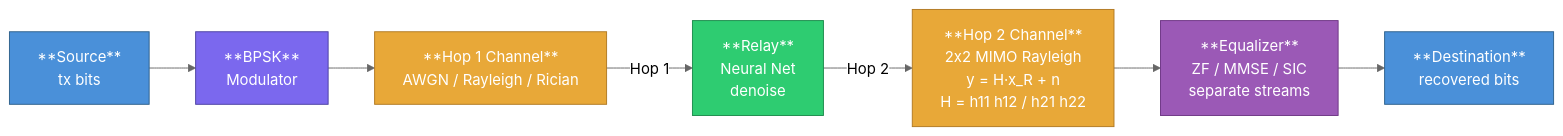
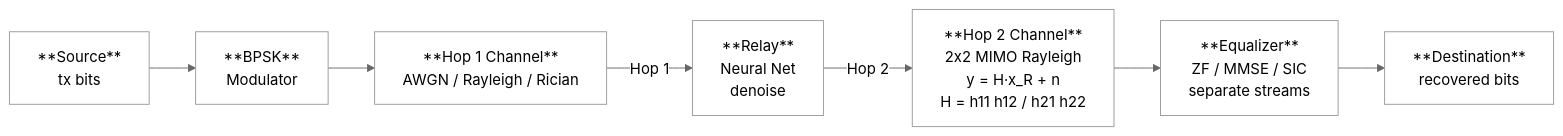
Before and after one commit to Gilzuk/relaynet2: the first of 2 diagrams in thesis.md, drawn with Mermaid (neutral theme). The commit also changed other lines of this file and 2 other files, not shown here.

First line of the commit message:
docs: replace ASCII art block diagram with Mermaid flowchart (MIMO topology section)

````diff
--- a/thesis.md
+++ b/thesis.md
@@ -658,25 +658,25 @@
 ```mermaid
 flowchart LR
     SRC["**Source**\ntx bits"]
     BPSK["**BPSK**\nModulator"]
     CH1["**Hop 1 Channel**\nAWGN / Rayleigh / Rician"]
     RELAY["**Relay**\nNeural Net\ndenoise"]
     CH2["**Hop 2 Channel**\n2x2 MIMO Rayleigh\ny = H·x_R + n\nH = h11 h12 / h21 h22"]
     EQ["**Equalizer**\nZF / MMSE / SIC\nseparate streams"]
     DST["**Destination**\nrecovered bits"]
 
     SRC --> BPSK
     BPSK --> CH1
     CH1 -->|"Hop 1"| RELAY
     RELAY -->|"Hop 2"| CH2
     CH2 --> EQ
     EQ --> DST
 
-    style SRC   fill:#4A90D9,color:#fff,stroke:#2c5f8a
-    style BPSK  fill:#7B68EE,color:#fff,stroke:#4a3fa0
-    style CH1   fill:#E8A838,color:#fff,stroke:#b07820
-    style RELAY fill:#2ECC71,color:#fff,stroke:#1a8a4a
-    style CH2   fill:#E8A838,color:#fff,stroke:#b07820
-    style EQ    fill:#9B59B6,color:#fff,stroke:#6c3483
-    style DST   fill:#4A90D9,color:#fff,stroke:#2c5f8a
+    style SRC   fill:#fff,color:#0,stroke:#0
+    style BPSK  fill:#fff,color:#0,stroke:#0
+    style CH1   fill:#fff,color:#0,stroke:#0
+    style RELAY fill:#fff,color:#0,stroke:#0
+    style CH2   fill:#fff,color:#0,stroke:#0
+    style EQ    fill:#fff,color:#0,stroke:#0
+    style DST   fill:#fff,color:#0,stroke:#0
 ```
````
